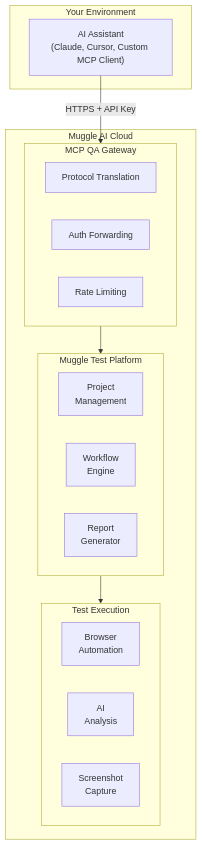
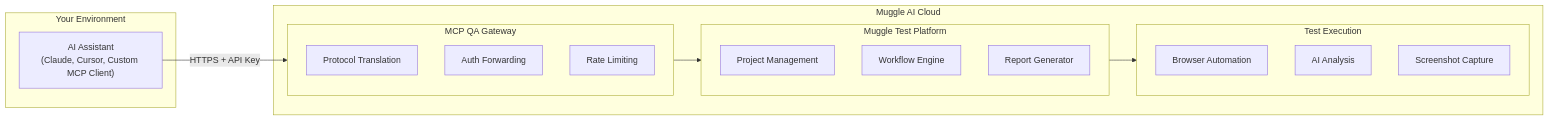
Before and after one commit to multiplex-ai/muggle-ai-docs: the first of 5 diagrams in mcp/mcp-concepts.md, drawn with Mermaid. The commit also changed other lines of this file and 3 other files, not shown here.

Commit message:
docs: update flowchart directions and formatting across multiple documentation files for improved clarity and consistency

````diff
--- a/mcp/mcp-concepts.md
+++ b/mcp/mcp-concepts.md
@@ -7,30 +7,33 @@
 ```mermaid
-flowchart TB
+flowchart LR
     subgraph env["Your Environment"]
         client["AI Assistant<br/>(Claude, Cursor, Custom MCP Client)"]
     end
     
     subgraph cloud["Muggle AI Cloud"]
         subgraph gateway["MCP QA Gateway"]
+            direction TB
             proto["Protocol Translation"]
             auth["Auth Forwarding"]
             rate["Rate Limiting"]
         end
         
         subgraph platform["Muggle Test Platform"]
-            proj["Project<br/>Management"]
-            workflow["Workflow<br/>Engine"]
-            report["Report<br/>Generator"]
+            direction TB
+            proj["Project Management"]
+            workflow["Workflow Engine"]
+            report["Report Generator"]
         end
         
         subgraph exec["Test Execution"]
-            browser["Browser<br/>Automation"]
-            ai["AI<br/>Analysis"]
-            screenshot["Screenshot<br/>Capture"]
+            direction TB
+            browser["Browser Automation"]
+            ai["AI Analysis"]
+            screenshot["Screenshot Capture"]
         end
     end
     
     client -->|"HTTPS + API Key"| gateway
     gateway --> platform
     platform --> exec
 ```
````
